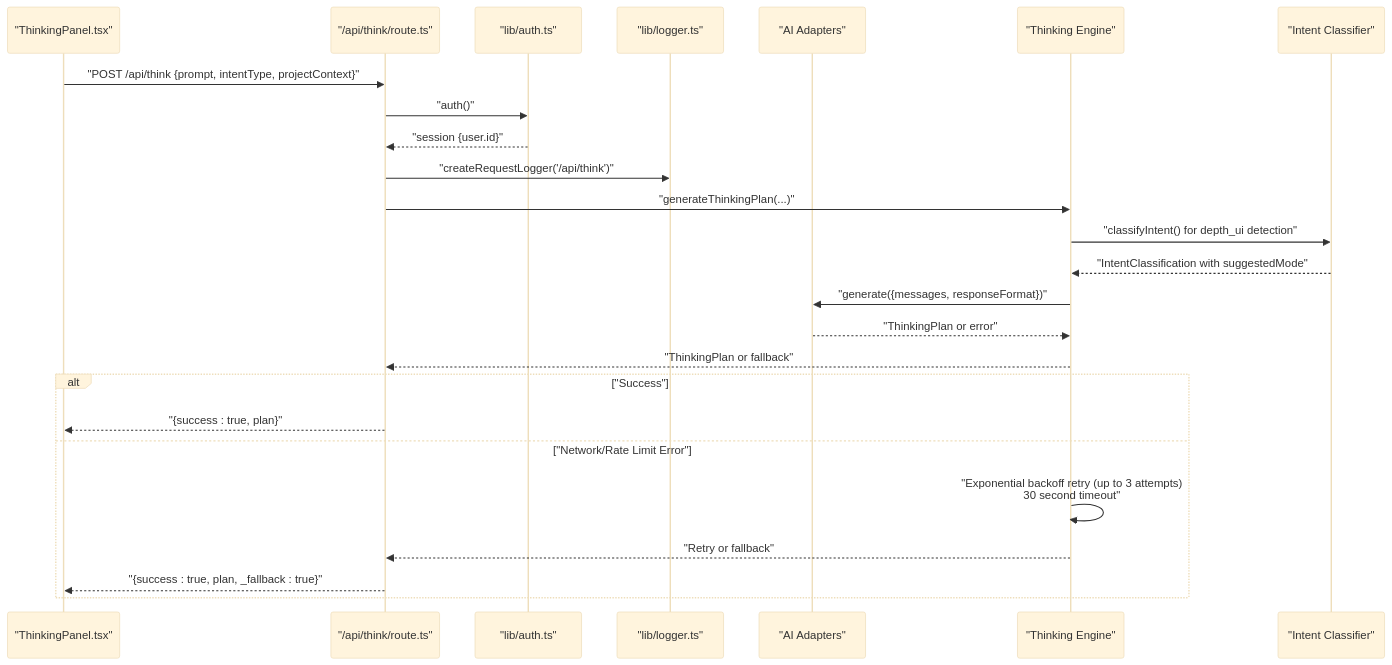
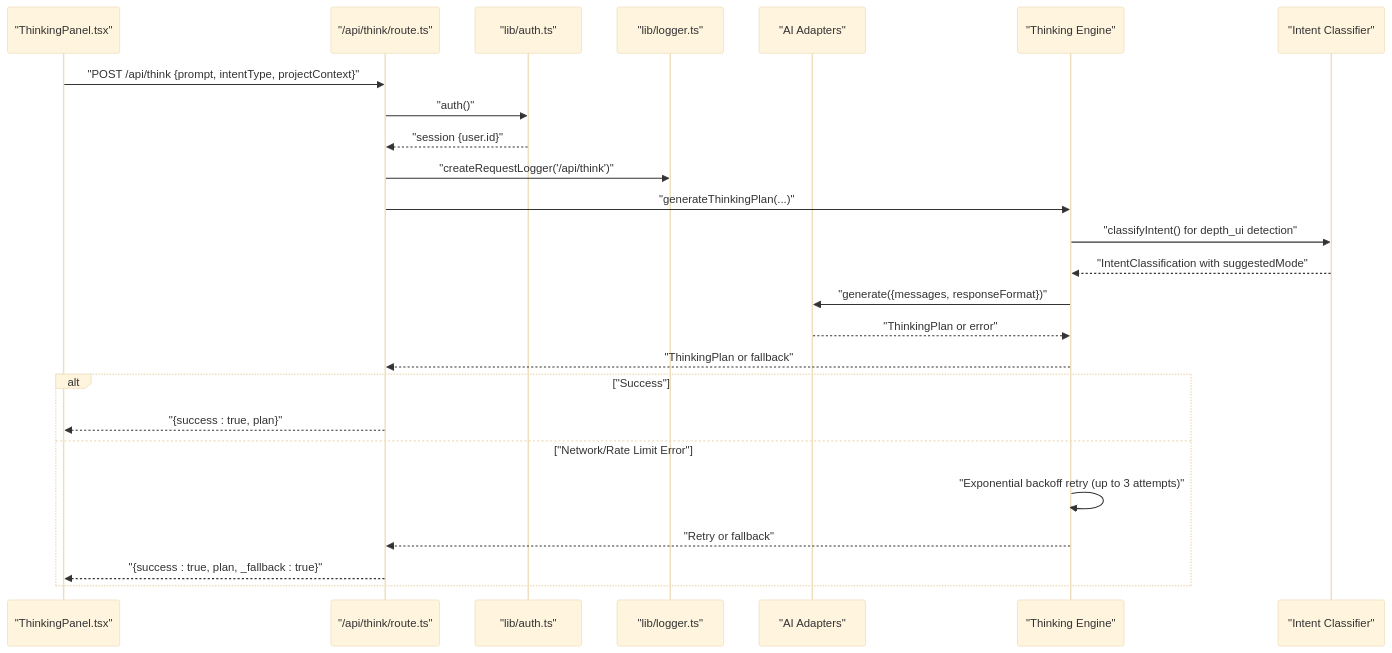
Before and after one commit to shekhargiri005-dotcom/AI-powered-accessibility-first-UI-engine: the second of 8 diagrams in .qoder/repowiki/en/content/Thinking Engine.md, drawn with Mermaid (base theme). The commit also changed other lines of this file and 8 other files, not shown here.

````diff
--- a/.qoder/repowiki/en/content/Thinking Engine.md
+++ b/.qoder/repowiki/en/content/Thinking Engine.md
@@ -161,27 +162,27 @@
 ```mermaid
 sequenceDiagram
 participant UI as "ThinkingPanel.tsx"
 participant API as "/api/think/route.ts"
 participant AUTH as "lib/auth.ts"
 participant LOG as "lib/logger.ts"
 participant ADAPT as "AI Adapters"
 participant PLAN as "Thinking Engine"
 participant CLASS as "Intent Classifier"
 UI->>API : "POST /api/think {prompt, intentType, projectContext}"
 API->>AUTH : "auth()"
 AUTH-->>API : "session {user.id}"
 API->>LOG : "createRequestLogger('/api/think')"
 API->>PLAN : "generateThinkingPlan(...)"
 PLAN->>CLASS : "classifyIntent() for depth_ui detection"
 CLASS-->>PLAN : "IntentClassification with suggestedMode"
 PLAN->>ADAPT : "generate({messages, responseFormat})"
 ADAPT-->>PLAN : "ThinkingPlan or error"
 PLAN-->>API : "ThinkingPlan or fallback"
 alt "Success"
 API-->>UI : "{success : true, plan}"
 else "Network/Rate Limit Error"
-PLAN->>PLAN : "Exponential backoff retry (up to 3 attempts)<br/>30 second timeout"
+PLAN->>PLAN : "Exponential backoff retry (up to 3 attempts)"
 PLAN-->>API : "Retry or fallback"
 API-->>UI : "{success : true, plan, _fallback : true}"
 end
 ```
````
